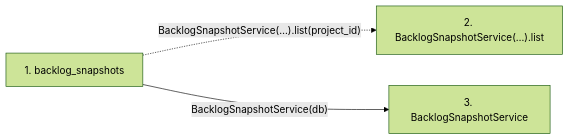
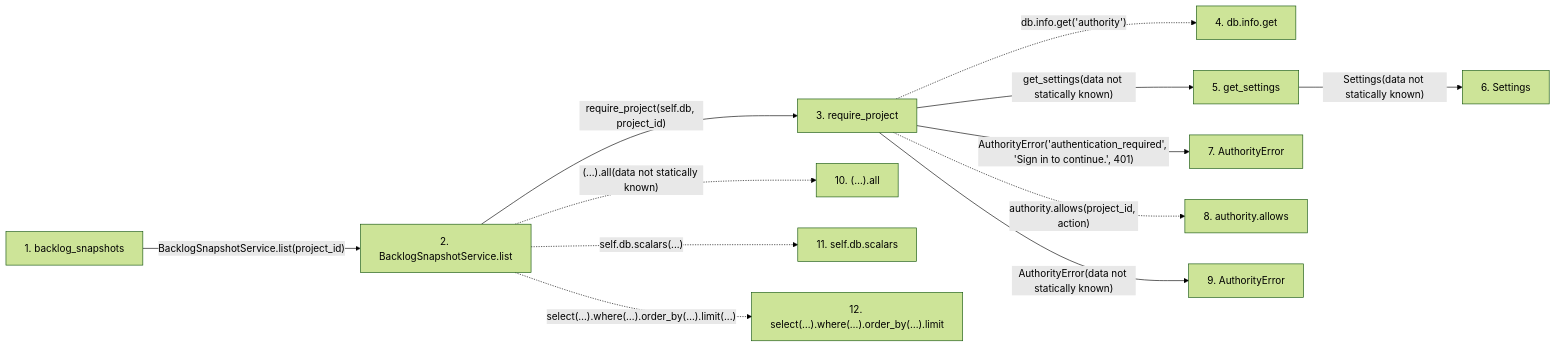
The second of 2 diagrams in docs/llm_wiki/flows/http-backlog_snapshots.md (Denissvgn/WorkChord), drawn with Mermaid (forest theme) before and after one commit. The commit also changed other lines of this file and 25171 other files, not shown here.

````diff
--- a/docs/llm_wiki/flows/http-backlog_snapshots.md
+++ b/docs/llm_wiki/flows/http-backlog_snapshots.md
@@ -22,10 +84,33 @@
 ```mermaid
 flowchart LR
     s1["1. backlog_snapshots"]
-    s2["2. BacklogSnapshotService(…).list"]
-    s3["3. BacklogSnapshotService"]
-    s1 -. "BacklogSnapshotService(…).list(project_id)" .-> s2
-    s1 -->|"BacklogSnapshotService(db)"| s3
+    s2["2. BacklogSnapshotService.list"]
+    s3["3. require_project"]
+    s4["4. db.info.get"]
+    s5["5. get_settings"]
+    s6["6. Settings"]
+    s7["7. AuthorityError"]
+    s8["8. authority.allows"]
+    s9["9. AuthorityError"]
+    s10["10. (…).all"]
+    s11["11. self.db.scalars"]
+    s12["12. select(…).where(…).order_by(…).limit"]
+    s1 -->|"BacklogSnapshotService.list(project_id)"| s2
+    s2 -->|"require_project(self.db, project_id)"| s3
+    s3 -. "db.info.get('authority')" .-> s4
+    s3 -->|"get_settings(data not statically known)"| s5
+    s5 -->|"Settings(data not statically known)"| s6
+    s3 -->|"AuthorityError('authentication_required', 'Sign in to continue.', 401)"| s7
+    s3 -. "authority.allows(project_id, action)" .-> s8
+    s3 -->|"AuthorityError(data not statically known)"| s9
+    s2 -. "(…).all(data not statically known)" .-> s10
+    s2 -. "self.db.scalars(...)" .-> s11
+    s2 -. "select(…).where(…).order_by(…).limit(...)" .-> s12
     click s1 "../modules/routers_task_domain.md"
-    click s3 "../modules/backlog_snapshot_service.md"
+    click s2 "../modules/backlog_snapshot_service.md"
+    click s3 "../modules/authority.md"
+    click s5 "../modules/config.md"
+    click s6 "../modules/config.md"
+    click s7 "../modules/authority.md"
+    click s9 "../modules/authority.md"
 ```
````
